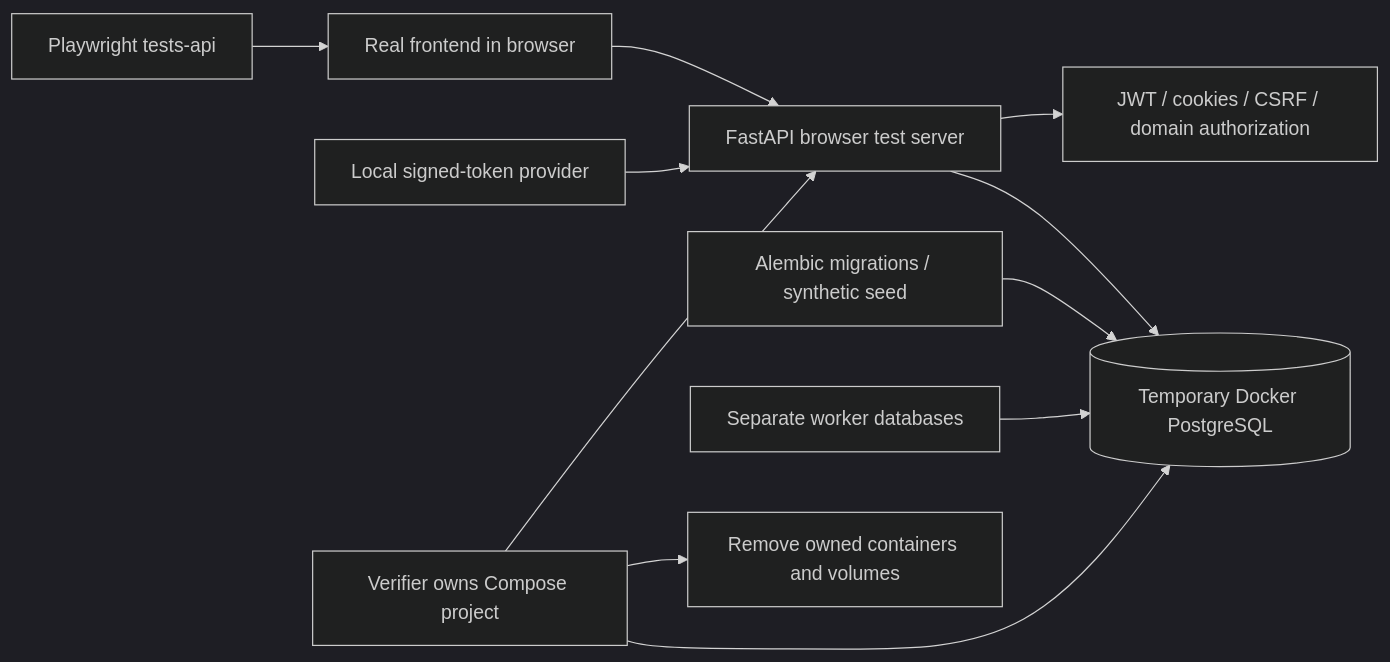
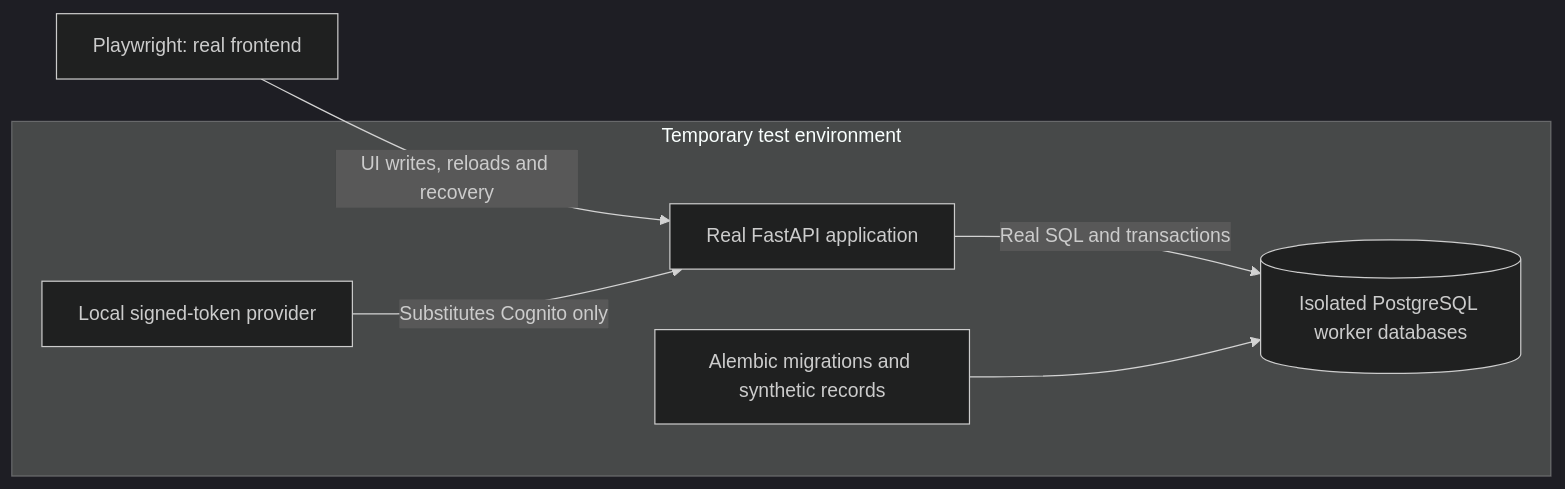
Before and after one commit to LimYouSheng/FitfinityReact: the second of 2 diagrams in docs/Architecture/diagram.md, drawn with Mermaid (dark theme). The commit also changed other lines of this file and 13 other files, not shown here.

````diff
--- a/docs/Architecture/diagram.md
+++ b/docs/Architecture/diagram.md
@@ -62,13 +32,14 @@
 ```mermaid
 flowchart LR
-  Runner[Playwright tests-api] --> Browser[Real frontend in browser]
-  Browser --> API[FastAPI browser test server]
-  Tokens[Local signed-token provider] --> API
-  API --> PG[(Temporary Docker PostgreSQL)]
-  Migrations[Alembic migrations / synthetic seed] --> PG
-  API --> Checks[JWT / cookies / CSRF / domain authorization]
-  Workers[Separate worker databases] --> PG
-  Owner[Verifier owns Compose project] --> API
-  Owner --> PG
-  Owner --> Cleanup[Remove owned containers and volumes]
+  Tests["Playwright: real frontend"]
+  subgraph Docker["Temporary test environment"]
+    API["Real FastAPI application"]
+    Tokens["Local signed-token provider"]
+    PG[("Isolated PostgreSQL worker databases")]
+    Seed["Alembic migrations and synthetic records"]
+  end
+  Tests -->|"UI writes, reloads and recovery"| API
+  Tokens -->|"Substitutes Cognito only"| API
+  API -->|"Real SQL and transactions"| PG
+  Seed --> PG
 ```
````
